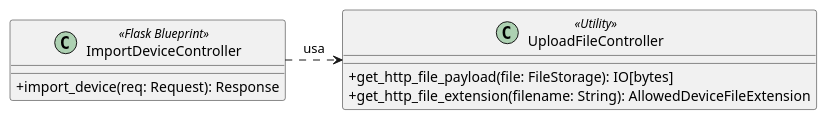
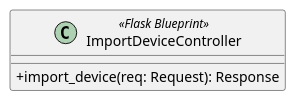
Before and after one commit to GroupRubberDuck/Documentazione: the diagram in src/PB/DocumentazioneEsterna/Specifica_Tecnica/content/05-diagrammi-classi/uml/puml/Backend/InboundAdapters/ImportDeviceController.puml, drawn with PlantUML. The commit also changed 70 other files, not shown here.

```diff
--- a/src/PB/DocumentazioneEsterna/Specifica_Tecnica/content/05-diagrammi-classi/uml/puml/Backend/InboundAdapters/ImportDeviceController.puml
+++ b/src/PB/DocumentazioneEsterna/Specifica_Tecnica/content/05-diagrammi-classi/uml/puml/Backend/InboundAdapters/ImportDeviceController.puml
@@ -1,15 +1,8 @@
-@startuml ImportAndUploadControllers
+@startuml ImportDeviceController
 skinparam classAttributeIconSize 0
 
 class ImportDeviceController <<Flask Blueprint>> {
     + import_device(req: Request): Response
 }
 
-class UploadFileController <<Utility>> {
-    + get_http_file_payload(file: FileStorage): IO[bytes]
-    + get_http_file_extension(filename: String): AllowedDeviceFileExtension
-}
-
-ImportDeviceController .right.> UploadFileController : usa
-
 @enduml
```
